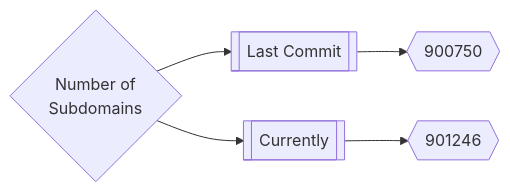
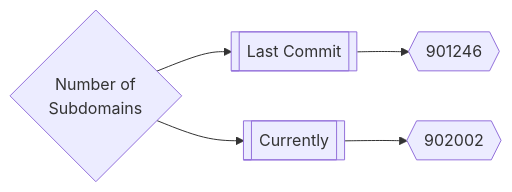
Before and after one commit to trickest/inventory: the first of 3 diagrams in README.md, drawn with Mermaid. The commit also changed other lines of this file, not shown here.

Commit message:
Update README.md Sun Jul 10 21:31:47 UTC 2022

````diff
--- a/README.md
+++ b/README.md
@@ -167,5 +167,5 @@
 ```mermaid
 graph LR
-title{Number of<br>Subdomains} --> subdomainsDate1[[Last Commit]] --> subdomainsNum1{{900750}}
-title --> subdomainsDate2[[Currently]] --> subdomainsNum2{{901246}}
+title{Number of<br>Subdomains} --> subdomainsDate1[[Last Commit]] --> subdomainsNum1{{901246}}
+title --> subdomainsDate2[[Currently]] --> subdomainsNum2{{902002}}
 ```
````
